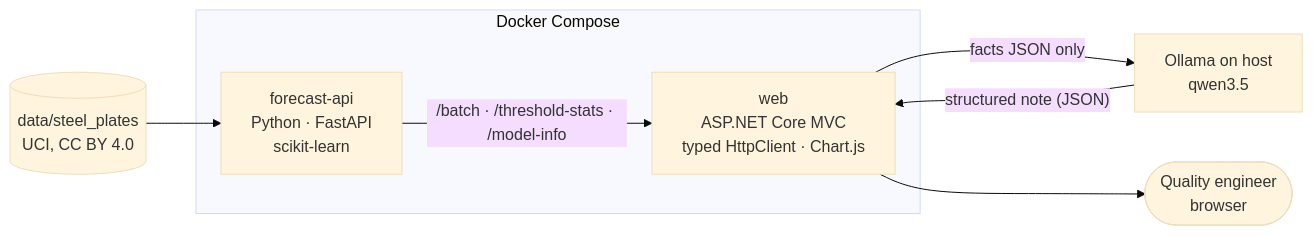
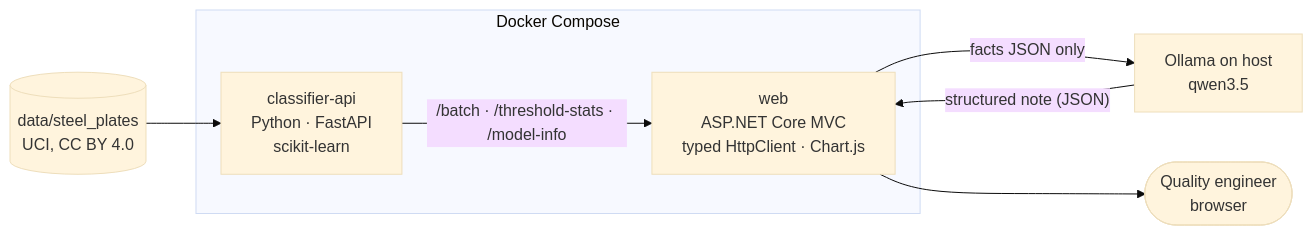
The diagram in README.md (chris-loog/steel-defect-triage), drawn with Mermaid (base theme) before and after one commit. The commit also changed other lines of this file and 124 other files, not shown here.

````diff
--- a/README.md
+++ b/README.md
@@ -32,16 +32,16 @@
 ```mermaid
 flowchart LR
     DATA[("data/steel_plates<br/>UCI, CC BY 4.0")]
     subgraph compose["Docker Compose"]
-        PY["forecast-api<br/>Python · FastAPI<br/>scikit-learn"]
+        PY["classifier-api<br/>Python · FastAPI<br/>scikit-learn"]
         WEB["web<br/>ASP.NET Core MVC<br/>typed HttpClient · Chart.js"]
     end
     LLM["Ollama on host<br/>qwen3.5"]
     USER(["Quality engineer<br/>browser"])
 
     DATA --> PY
     PY -- "/batch · /threshold-stats · /model-info" --> WEB
     WEB -- "facts JSON only" --> LLM
     LLM -- "structured note (JSON)" --> WEB
     WEB --> USER
 ```
````
